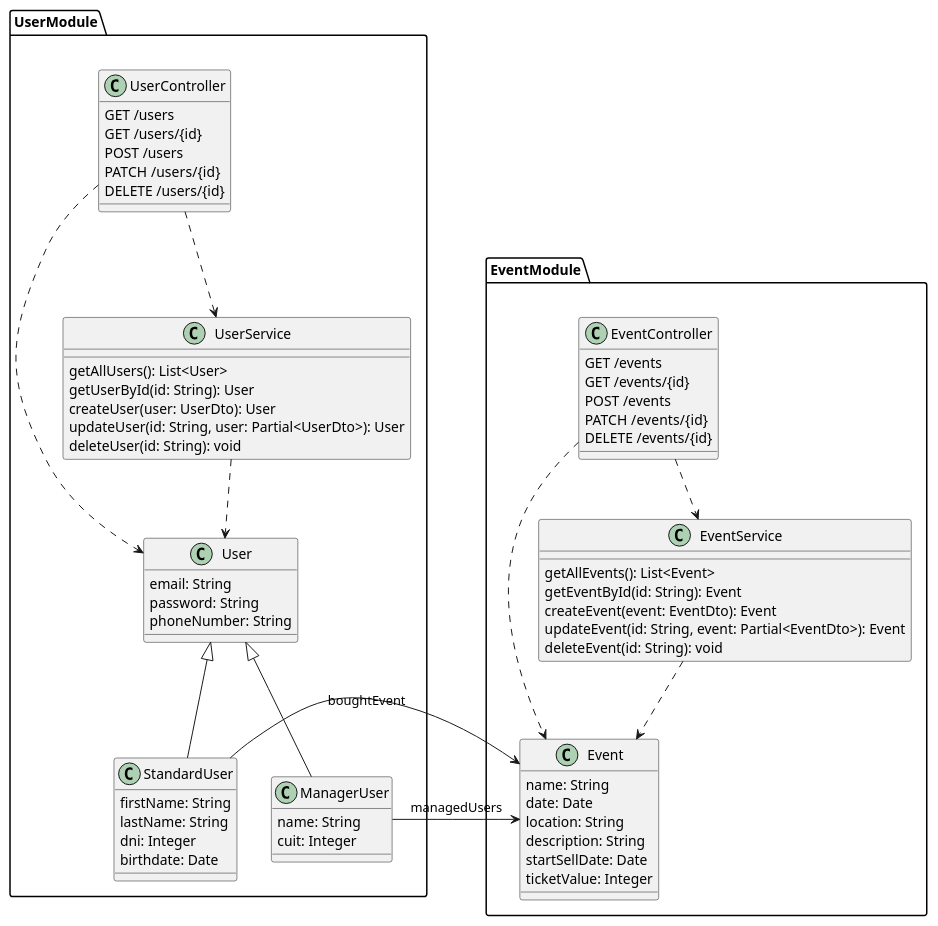
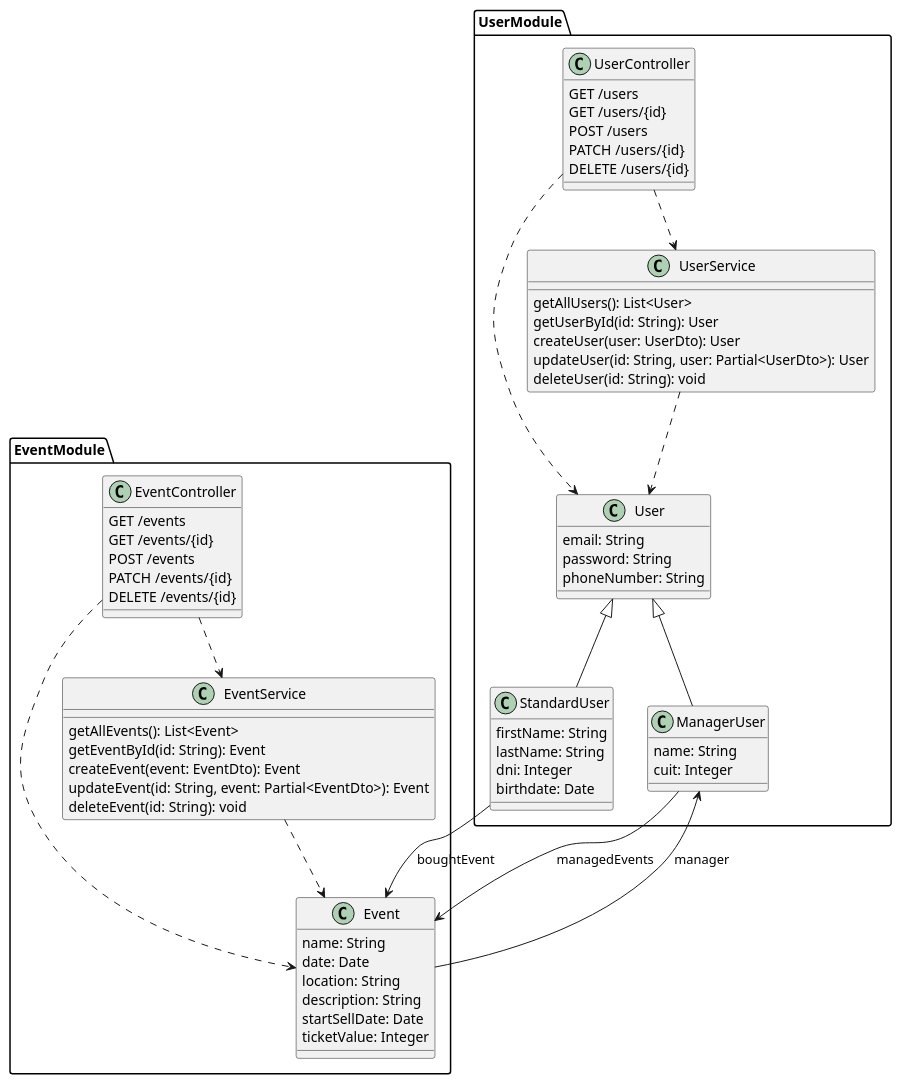
One commit to TotoMercante/GlobalTicket changed the diagram in structure.puml. Above: the diagram before and after it, drawn with PlantUML. The commit also changed 24 other files, not shown here.

```diff
--- a/structure.puml
+++ b/structure.puml
@@ -1,72 +1,74 @@
 @startuml
 
 package EventModule {
     class Event {
         name: String
         date: Date
         location: String
         description: String
         startSellDate: Date
         ticketValue: Integer
     }
+
     class EventController {
         GET /events
         GET /events/{id}
         POST /events
         PATCH /events/{id}
         DELETE /events/{id}
     }
     class EventService {
         getAllEvents(): List<Event>
         getEventById(id: String): Event
         createEvent(event: EventDto): Event
         updateEvent(id: String, event: Partial<EventDto>): Event
         deleteEvent(id: String): void
     }
     
     EventController ..> EventService
     EventController ..> Event
     EventService ..> Event
 }
 
 package UserModule {
     class User {
         email: String
         password: String
         phoneNumber: String
     }
     class StandardUser extends User {
         firstName: String
         lastName: String
         dni: Integer
         birthdate: Date
     }
     class ManagerUser extends User {
         name: String
         cuit: Integer
     }
-    
-    StandardUser -> Event: boughtEvent
-    ManagerUser -> Event: managedUsers
-    
+
     class UserController {
         GET /users
         GET /users/{id}
         POST /users
         PATCH /users/{id}
         DELETE /users/{id}
     }
     class UserService {
         getAllUsers(): List<User>
         getUserById(id: String): User
         createUser(user: UserDto): User
         updateUser(id: String, user: Partial<UserDto>): User
         deleteUser(id: String): void
     }
     
     UserController ..> UserService
     UserController ..> User
     UserService ..> User
 }
 
+StandardUser --> Event: boughtEvent
+ManagerUser --> Event: managedEvents
+Event --> ManagerUser: manager
+
 @enduml
```
